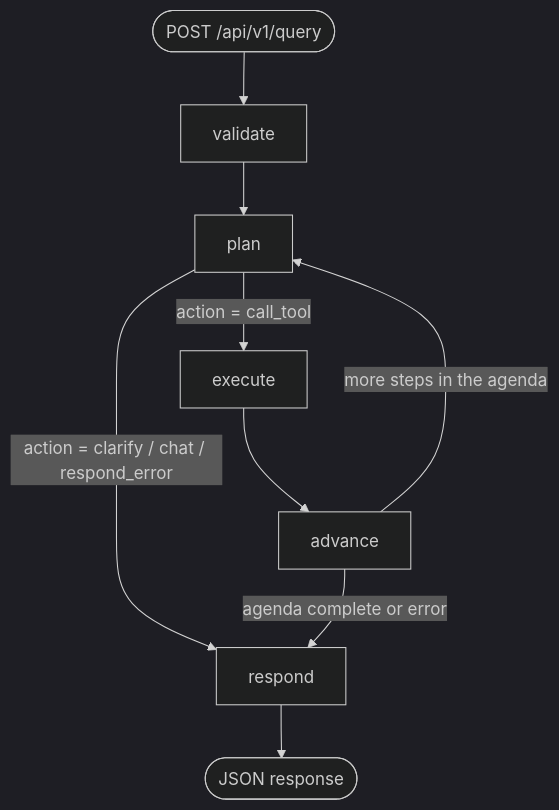
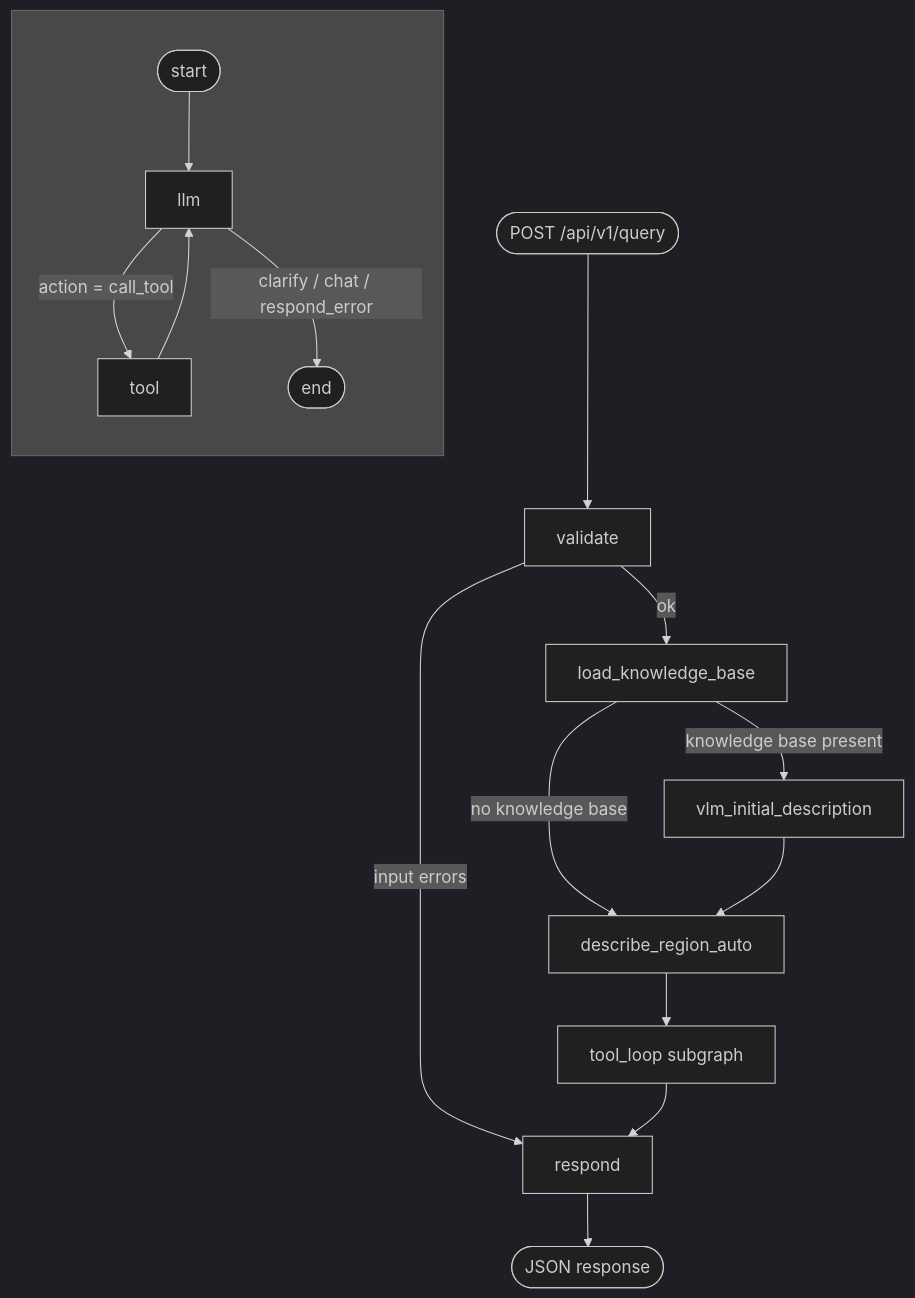
One commit to DhruvExploring/SatQuery changed the second of 3 diagrams in README.md. Above: the diagram before and after it, drawn with Mermaid (dark theme). The commit also changed other lines of this file and 64 other files, not shown here.

````diff
--- a/README.md
+++ b/README.md
@@ -122,11 +156,20 @@
 ```mermaid
 flowchart TD
     START([POST /api/v1/query]) --> V[validate]
-    V --> P[plan]
-    P -->|action = call_tool| E[execute]
-    P -->|action = clarify / chat / respond_error| R[respond]
-    E --> A[advance]
-    A -->|more steps in the agenda| P
-    A -->|agenda complete or error| R
+    V -->|input errors| R[respond]
+    V -->|ok| LKB[load_knowledge_base]
+    LKB -->|no knowledge base| DRA
+    LKB -->|knowledge base present| VLM[vlm_initial_description]
+    VLM --> DRA[describe_region_auto]
+    DRA --> TL[tool_loop subgraph]
+    TL --> R
     R --> END([JSON response])
+
+    subgraph TL2 [" "]
+        direction TB
+        SUBSTART([start]) --> LLM[llm]
+        LLM -->|action = call_tool| TOOL[tool]
+        LLM -->|clarify / chat / respond_error| SUBEND([end])
+        TOOL --> LLM
+    end
 ```
````
